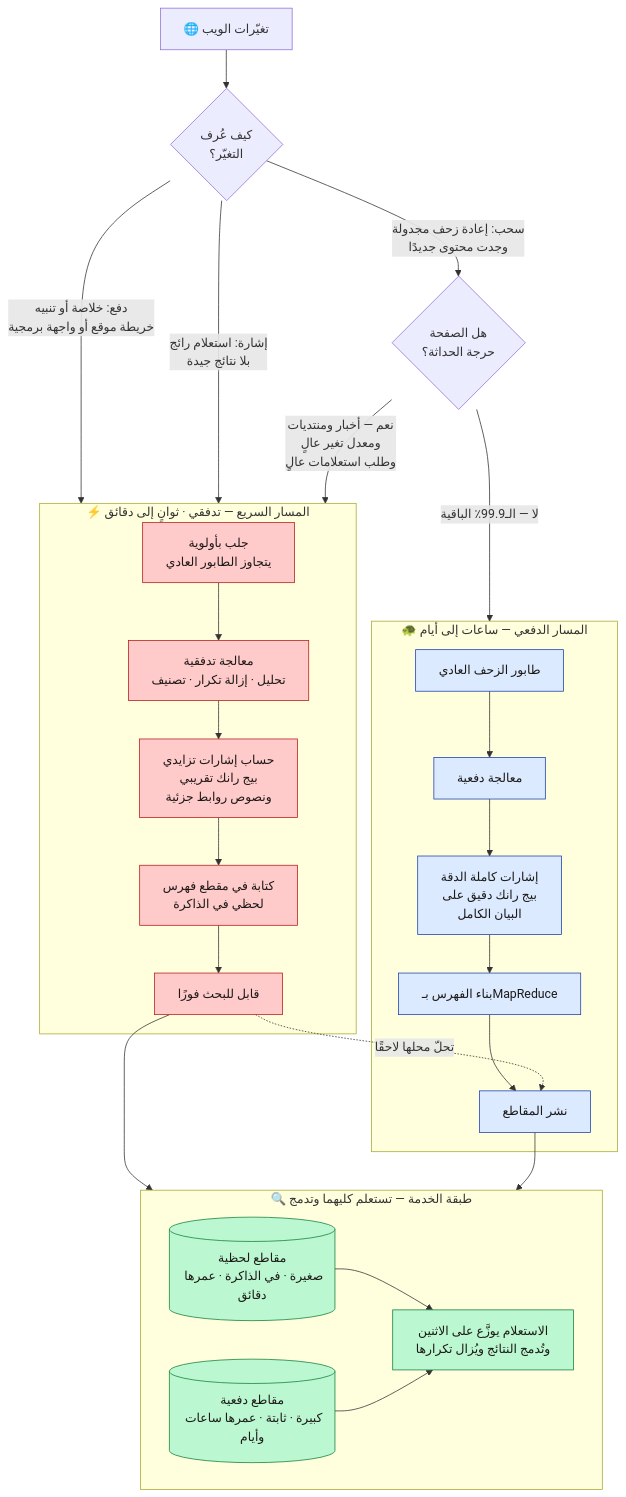
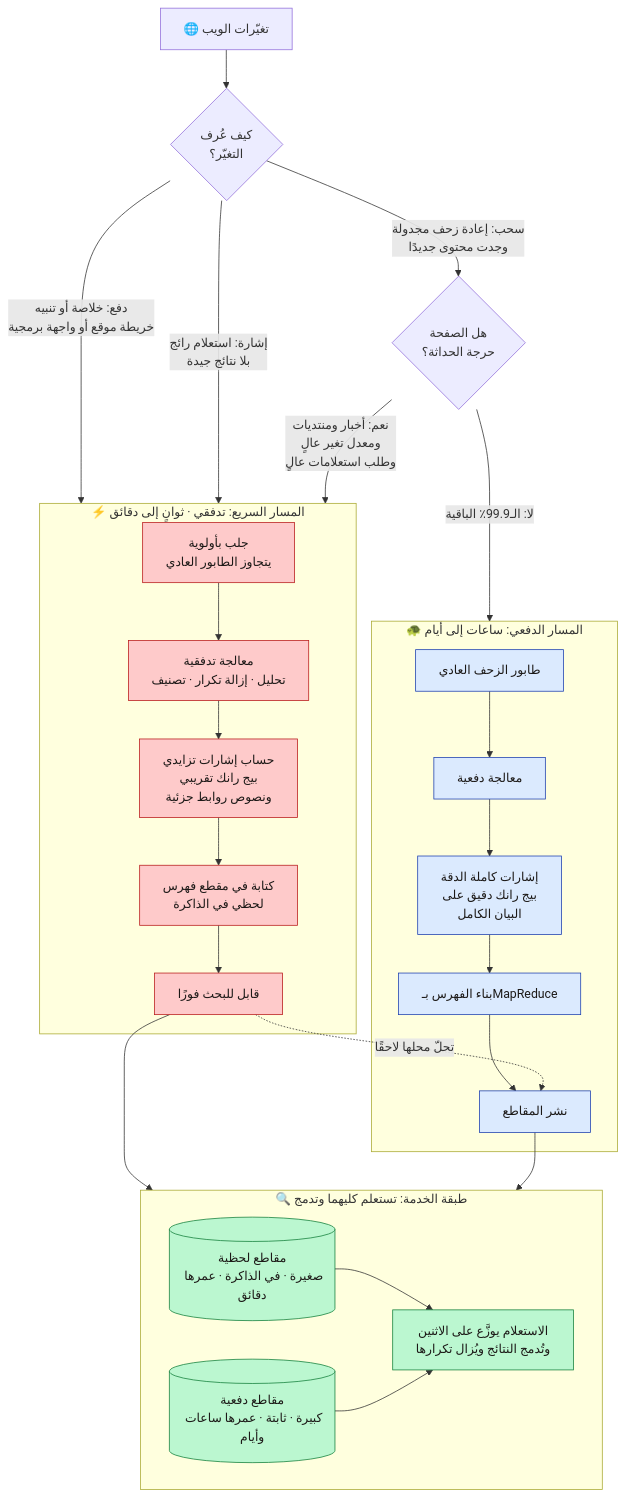
One commit to ahmedselimmansor-ctrl/google-search-system-design changed the first of 4 diagrams in docs/ar/11-freshness.md. Above: the diagram before and after it, drawn with Mermaid. The commit also changed other lines of this file and 89 other files, not shown here.

````diff
--- a/docs/ar/11-freshness.md
+++ b/docs/ar/11-freshness.md
@@ -27,51 +27,51 @@
 ```mermaid
 flowchart TB
     WEB["🌐 تغيّرات الويب"]
 
     WEB --> DETECT{"كيف عُرف<br/>التغيّر؟"}
 
     DETECT -->|"دفع: خلاصة أو تنبيه<br/>خريطة موقع أو واجهة برمجية"| FAST
     DETECT -->|"سحب: إعادة زحف مجدولة<br/>وجدت محتوى جديدًا"| CLASSIFY
     DETECT -->|"إشارة: استعلام رائج<br/>بلا نتائج جيدة"| FAST
 
-    CLASSIFY{"هل الصفحة<br/>حرجة الحداثة؟"} -->|"نعم — أخبار ومنتديات<br/>ومعدل تغير عالٍ<br/>وطلب استعلامات عالٍ"| FAST
-    CLASSIFY -->|"لا — الـ99.9٪ الباقية"| SLOW
+    CLASSIFY{"هل الصفحة<br/>حرجة الحداثة؟"} -->|"نعم: أخبار ومنتديات<br/>ومعدل تغير عالٍ<br/>وطلب استعلامات عالٍ"| FAST
+    CLASSIFY -->|"لا: الـ99.9٪ الباقية"| SLOW
 
-    subgraph FAST["⚡ المسار السريع — تدفقي · ثوانٍ إلى دقائق"]
+    subgraph FAST["⚡ المسار السريع: تدفقي · ثوانٍ إلى دقائق"]
         F1["جلب بأولوية<br/>يتجاوز الطابور العادي"]
         F2["معالجة تدفقية<br/>تحليل · إزالة تكرار · تصنيف"]
         F3["حساب إشارات تزايدي<br/>بيج رانك تقريبي<br/>ونصوص روابط جزئية"]
         F4["كتابة في مقطع فهرس<br/>لحظي في الذاكرة"]
         F5["قابل للبحث فورًا"]
         F1 --> F2 --> F3 --> F4 --> F5
     end
 
-    subgraph SLOW["🐢 المسار الدفعي — ساعات إلى أيام"]
+    subgraph SLOW["🐢 المسار الدفعي: ساعات إلى أيام"]
         S1["طابور الزحف العادي"]
         S2["معالجة دفعية"]
         S3["إشارات كاملة الدقة<br/>بيج رانك دقيق على<br/>البيان الكامل"]
         S4["بناء الفهرس بـMapReduce"]
         S5["نشر المقاطع"]
         S1 --> S2 --> S3 --> S4 --> S5
     end
 
     F5 --> SERVE
     S5 --> SERVE
 
-    subgraph SERVE["🔍 طبقة الخدمة — تستعلم كليهما وتدمج"]
+    subgraph SERVE["🔍 طبقة الخدمة: تستعلم كليهما وتدمج"]
         M1[("مقاطع لحظية<br/>صغيرة · في الذاكرة · عمرها دقائق")]
         M2[("مقاطع دفعية<br/>كبيرة · ثابتة · عمرها ساعات وأيام")]
         M3["الاستعلام يوزَّع على الاثنين<br/>وتُدمج النتائج ويُزال تكرارها"]
         M1 --> M3
         M2 --> M3
     end
 
     F5 -.تحلّ محلها لاحقًا.-> S5
 
     classDef fast fill:#fecaca,stroke:#b91c1c,color:#1c1917
     classDef slow fill:#dbeafe,stroke:#1e40af,color:#1c1917
     classDef serve fill:#bbf7d0,stroke:#15803d,color:#1c1917
     class F1,F2,F3,F4,F5 fast
     class S1,S2,S3,S4,S5 slow
     class M1,M2,M3 serve
 ```
````
